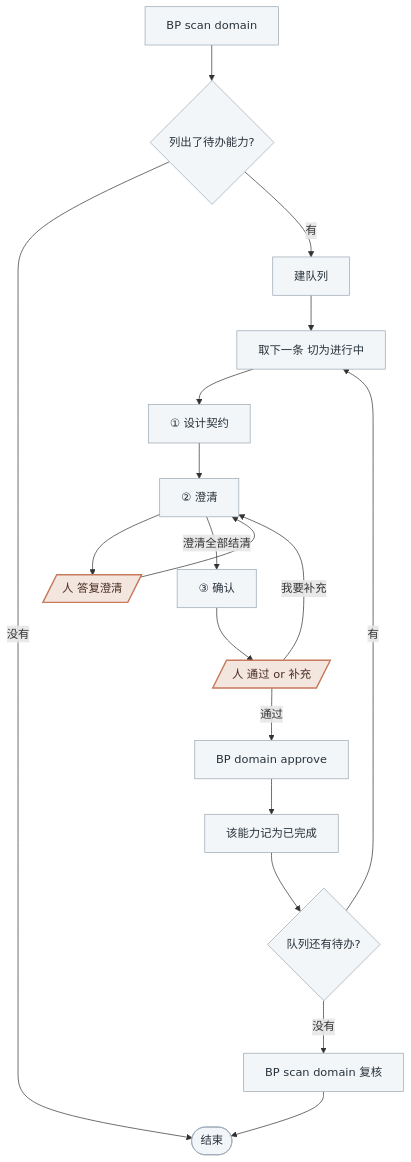
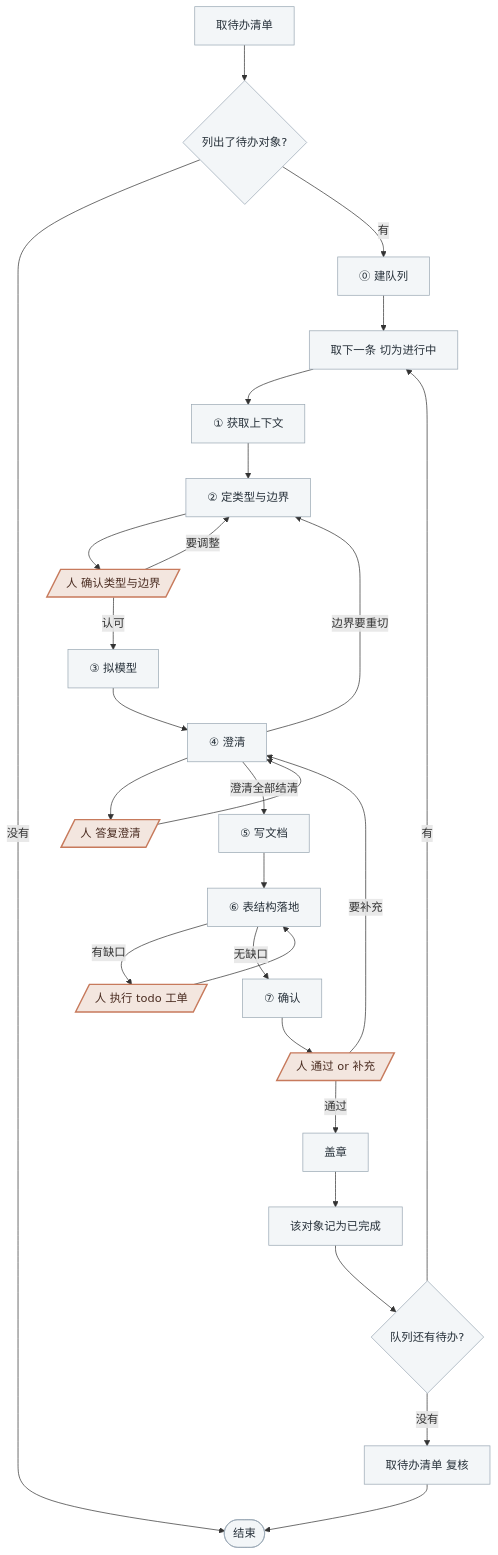
One commit to chxt100016/blueprint changed the diagram in skills/blueprint/assets/skills/domain.md. Above: the diagram before and after it, drawn with Mermaid. The commit also changed other lines of this file and 45 other files, not shown here.

````diff
--- a/skills/blueprint/assets/skills/domain.md
+++ b/skills/blueprint/assets/skills/domain.md
@@ -50,23 +59,32 @@
 ```mermaid
 flowchart TD
-    S1[BP scan domain] --> S2{列出了待办能力?}
+    S1[取待办清单] --> S2{列出了待办对象?}
     S2 -->|没有| ZZ([结束])
-    S2 -->|有| S3[建队列]
+    S2 -->|有| S3[⓪ 建队列]
     S3 --> S4[取下一条 切为进行中]
-    S4 --> B[① 设计契约]
-    B --> C[② 澄清]
-    C --> P1[/人 答复澄清/]
-    P1 --> C
-    C -->|澄清全部结清| D[③ 确认]
-    D --> P2[/人 通过 or 补充/]
-    P2 -->|我要补充| C
-    P2 -->|通过| E[BP domain approve]
-    E --> S5[该能力记为已完成]
+    S4 --> A[① 获取上下文]
+    A --> B[② 定类型与边界]
+    B --> P1[/人 确认类型与边界/]
+    P1 -->|要调整| B
+    P1 -->|认可| C[③ 拟模型]
+    C --> D[④ 澄清]
+    D --> P2[/人 答复澄清/]
+    P2 --> D
+    D -->|边界要重切| B
+    D -->|澄清全部结清| E[⑤ 写文档]
+    E --> F[⑥ 表结构落地]
+    F -->|有缺口| P3[/人 执行 todo 工单/]
+    P3 --> F
+    F -->|无缺口| G[⑦ 确认]
+    G --> P4[/人 通过 or 补充/]
+    P4 -->|要补充| D
+    P4 -->|通过| H[盖章]
+    H --> S5[该对象记为已完成]
     S5 --> S6{队列还有待办?}
     S6 -->|有| S4
-    S6 -->|没有| V[BP scan domain 复核] --> ZZ
+    S6 -->|没有| V[取待办清单 复核] --> ZZ
 
     classDef default fill:#f3f6f8,stroke:#9aa8b4,color:#27313a
     classDef human fill:#f3e6df,stroke:#c77a5c,color:#4a2c21,stroke-width:2px
-    class P1,P2 human
+    class P1,P2,P3,P4 human
 ```
````
